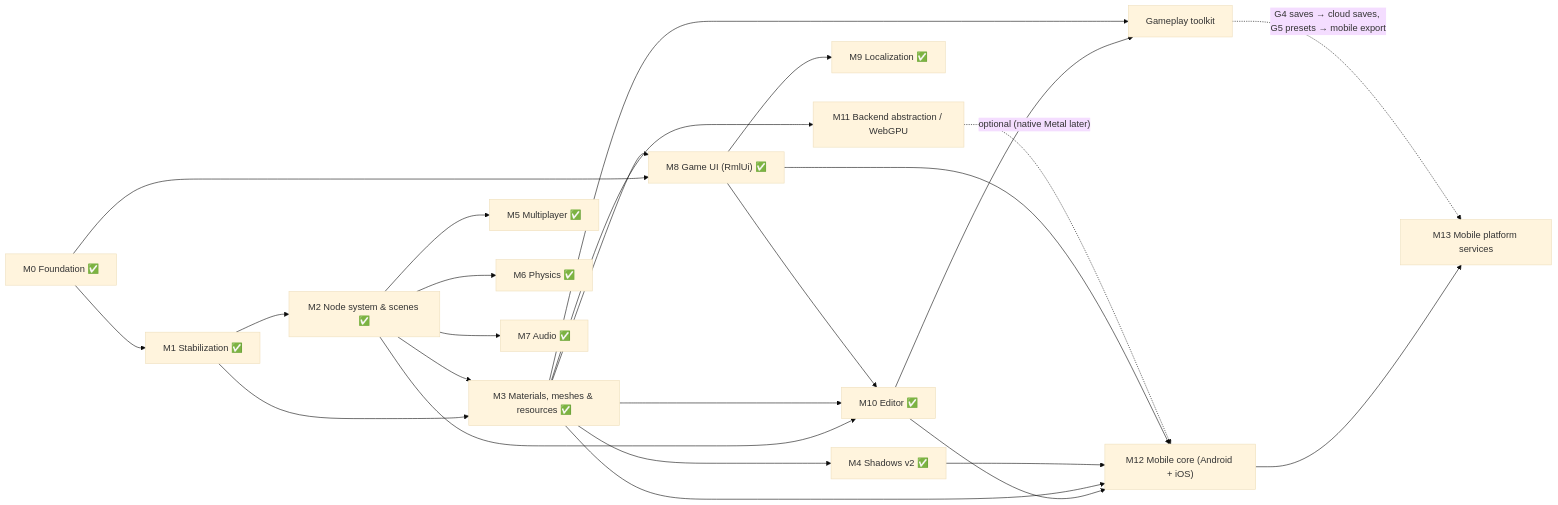
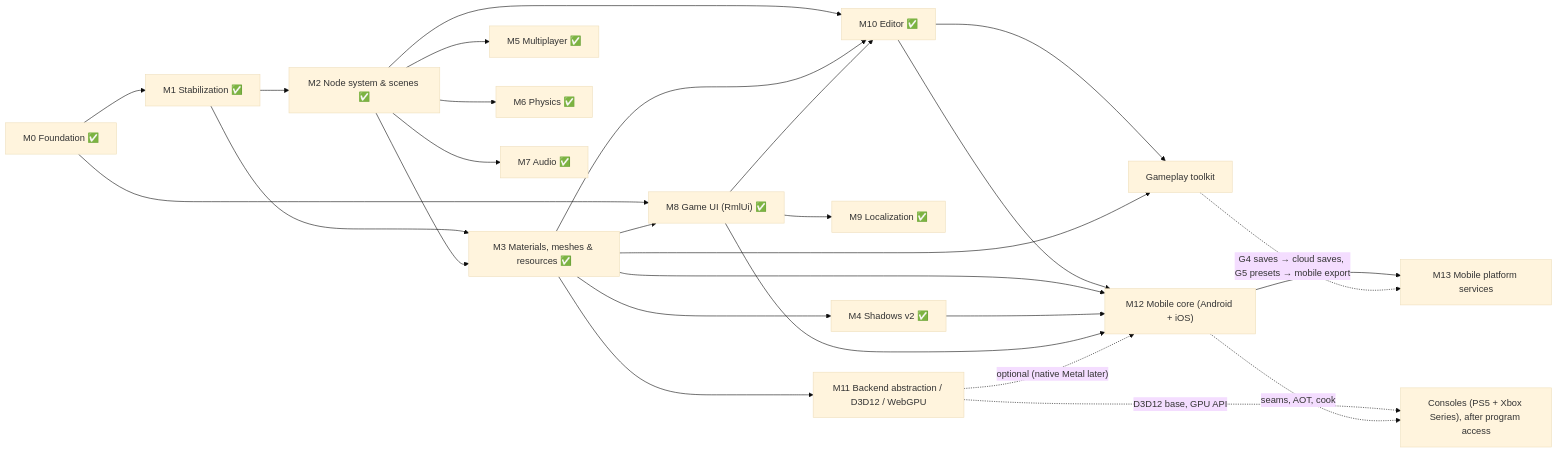
Before and after one commit to Mainframe-Games/mainframe-engine: the diagram in docs/milestones.md, drawn with Mermaid (base theme). The commit also changed other lines of this file and 6 other files, not shown here.

First line of the commit message:
Proposals: Consoles (PS5 + Xbox Series) readiness, D3D12-first M11, Slang shader plan (ADR 0143) (#27)

````diff
--- a/docs/milestones.md
+++ b/docs/milestones.md
@@ -8,27 +8,29 @@
 ```mermaid
 flowchart LR
     M0["M0 Foundation ✅"] --> M1["M1 Stabilization ✅"]
     M1 --> M2["M2 Node system & scenes ✅"]
     M1 --> M3["M3 Materials, meshes & resources ✅"]
     M2 --> M3
     M3 --> M4["M4 Shadows v2 ✅"]
     M2 --> M5["M5 Multiplayer ✅"]
     M2 --> M6["M6 Physics ✅"]
     M2 --> M7["M7 Audio ✅"]
     M0 --> M8["M8 Game UI (RmlUi) ✅"]
     M3 --> M8
     M8 --> M9["M9 Localization ✅"]
     M2 --> M10["M10 Editor ✅"]
     M3 --> M10
     M8 --> M10
-    M3 --> M11["M11 Backend abstraction / WebGPU"]
+    M3 --> M11["M11 Backend abstraction / D3D12 / WebGPU"]
     M10 --> M12["M12 Mobile core (Android + iOS)"]
     M3 --> M12
     M4 --> M12
     M8 --> M12
     M11 -. "optional (native Metal later)" .-> M12
     M12 --> M13["M13 Mobile platform services"]
     M10 --> GT["Gameplay toolkit"]
     M3 --> GT
     GT -. "G4 saves → cloud saves, G5 presets → mobile export" .-> M13
+    M11 -. "D3D12 base, GPU API" .-> CON["Consoles (PS5 + Xbox Series), after program access"]
+    M12 -. "seams, AOT, cook" .-> CON
 ```
````
